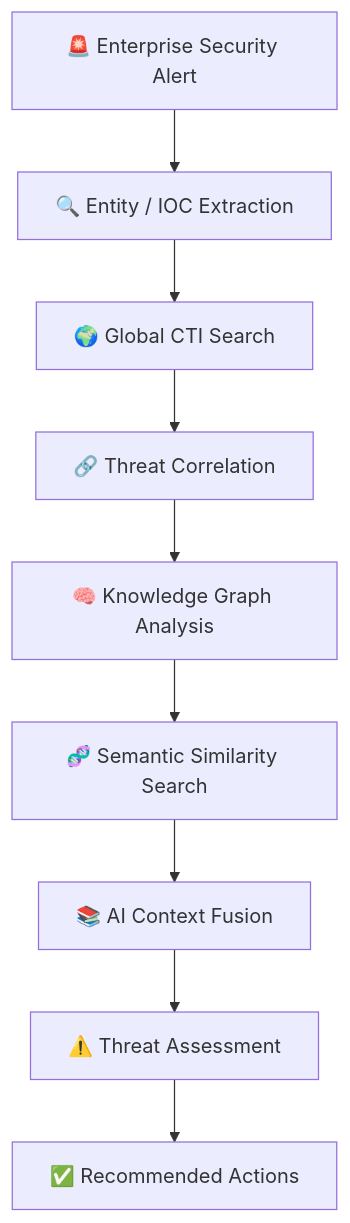
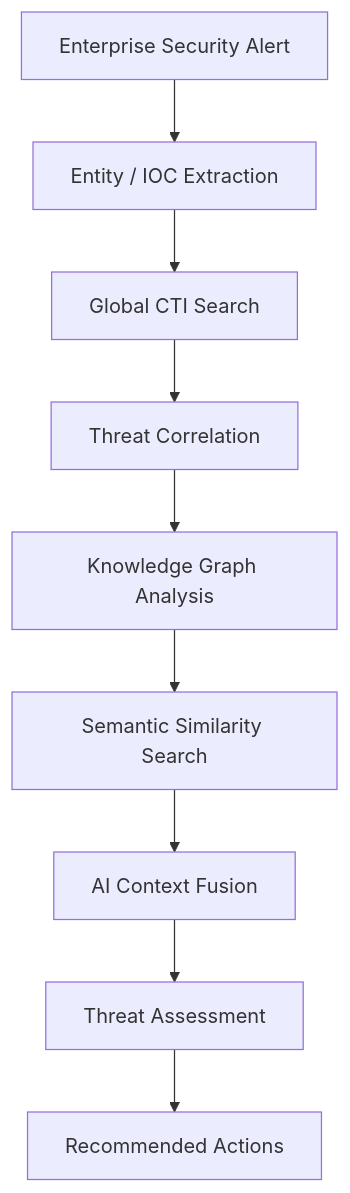
The eighth of 11 diagrams in README.md (aminemaouhoub1312/ShadowScope-AM), drawn with Mermaid before and after one commit. The commit also changed other lines of this file, not shown here.

````diff
--- a/README.md
+++ b/README.md
@@ -590,13 +590,13 @@
 ```mermaid
 flowchart TD
 
-A["🚨 Enterprise Security Alert"] -->
-B["🔍 Entity / IOC Extraction"] -->
-C["🌍 Global CTI Search"] -->
-D["🔗 Threat Correlation"] -->
-E["🧠 Knowledge Graph Analysis"] -->
-F["🧬 Semantic Similarity Search"] -->
-G["📚 AI Context Fusion"] -->
-H["⚠️ Threat Assessment"] -->
-I["✅ Recommended Actions"]
+A[" Enterprise Security Alert"] -->
+B[" Entity / IOC Extraction"] -->
+C[" Global CTI Search"] -->
+D[" Threat Correlation"] -->
+E[" Knowledge Graph Analysis"] -->
+F[" Semantic Similarity Search"] -->
+G[" AI Context Fusion"] -->
+H[" Threat Assessment"] -->
+I[" Recommended Actions"]
 ```
````
